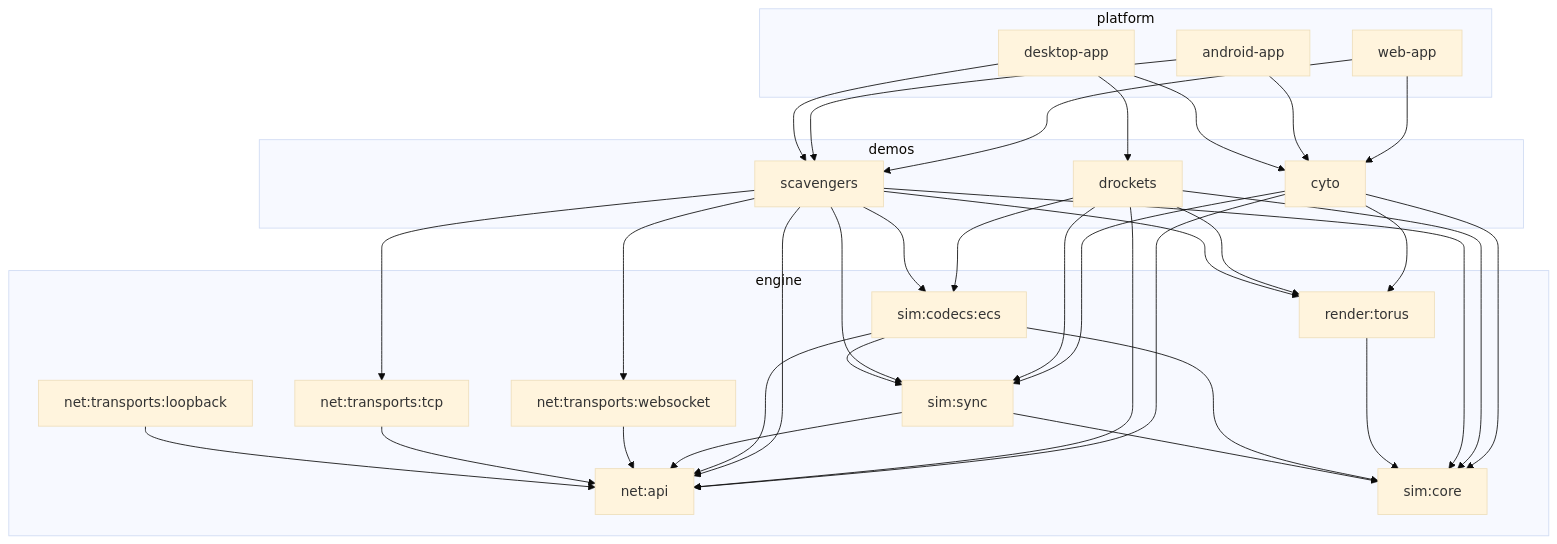
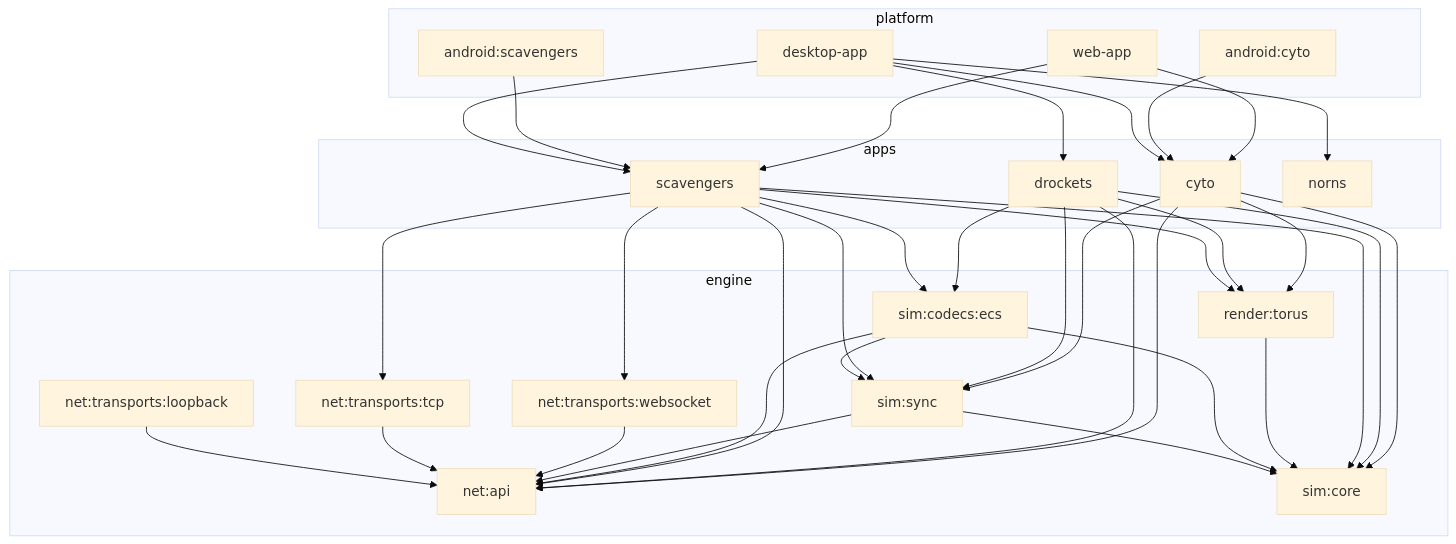
Before and after one commit to stuartorchard8/Emerge: the diagram in README.md, drawn with Mermaid (base theme). The commit also changed other lines of this file and 279 other files, not shown here.

First line of the commit message:
restructure: demos/ -> apps/, per-game Android shells under platform/android/

````diff
--- a/README.md
+++ b/README.md
@@ -62,44 +64,47 @@
 ```mermaid
 graph TD
   subgraph engine
     net_api[net:api]
     net_loop[net:transports:loopback]
     net_tcp[net:transports:tcp]
     net_ws[net:transports:websocket]
     sim_core[sim:core]
     sim_sync[sim:sync]
     codecs_ecs[sim:codecs:ecs]
     render[render:torus]
   end
 
-  subgraph demos
+  subgraph apps
     scav[scavengers]
     drockets[drockets]
     cyto[cyto]
+    norns[norns]
   end
 
   subgraph platform
     desktop[desktop-app]
-    android[android-app]
+    android_scav[android:scavengers]
+    android_cyto[android:cyto]
     web[web-app]
   end
 
   net_loop --> net_api
   net_tcp --> net_api
   net_ws --> net_api
 
   sim_sync --> sim_core
   sim_sync --> net_api
   codecs_ecs --> sim_core
   codecs_ecs --> sim_sync
   codecs_ecs --> net_api
   render --> sim_core
 
   scav --> sim_core & sim_sync & codecs_ecs & render & net_api & net_tcp & net_ws
   drockets --> sim_core & sim_sync & codecs_ecs & render & net_api
   cyto --> sim_core & sim_sync & render & net_api
 
-  desktop --> scav & drockets & cyto
-  android --> scav & cyto
+  desktop --> scav & drockets & cyto & norns
+  android_scav --> scav
+  android_cyto --> cyto
   web --> scav & cyto
 ```
````
